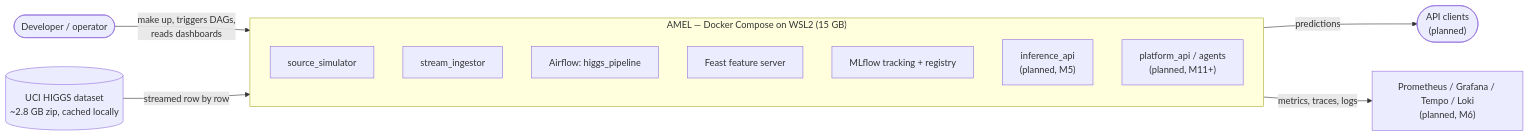
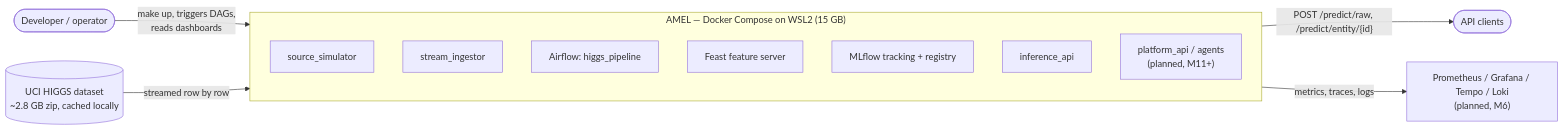
One commit to chetankumar-works/agentic-ml-engineering-lab changed the second of 4 diagrams in ARCHITECTURE.md. Above: the diagram before and after it, drawn with Mermaid. The commit also changed other lines of this file and 33 other files, not shown here.

````diff
--- a/ARCHITECTURE.md
+++ b/ARCHITECTURE.md
@@ -115,19 +115,19 @@
 ```mermaid
 flowchart LR
     dev(["Developer / operator"]) -->|"make up, triggers DAGs,<br/>reads dashboards"| amel
     higgs[("UCI HIGGS dataset<br/>~2.8 GB zip, cached locally")] -->|"streamed row by row"| amel
 
     subgraph amel ["AMEL — Docker Compose on WSL2 (15 GB)"]
         direction TB
         sim["source_simulator"]
         ing["stream_ingestor"]
         af["Airflow: higgs_pipeline"]
         fs["Feast feature server"]
         ml["MLflow tracking + registry"]
-        inf["inference_api<br/>(planned, M5)"]
+        inf["inference_api"]
         plat["platform_api / agents<br/>(planned, M11+)"]
     end
 
-    amel -->|"predictions"| clients(["API clients<br/>(planned)"])
+    amel -->|"POST /predict/raw, /predict/entity/{id}"| clients(["API clients"])
     amel -->|"metrics, traces, logs"| obs["Prometheus / Grafana / Tempo / Loki<br/>(planned, M6)"]
 ```
````
